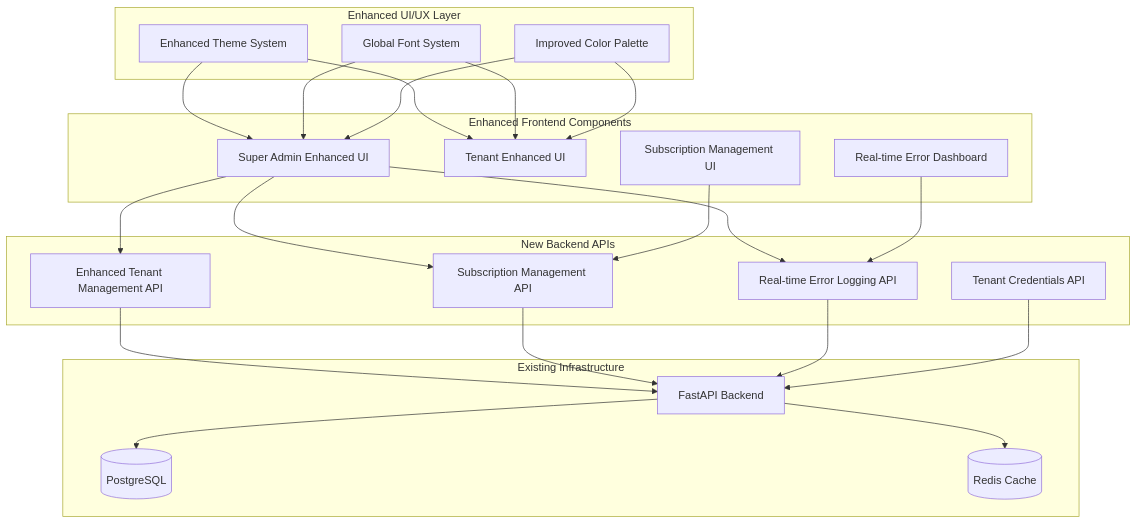
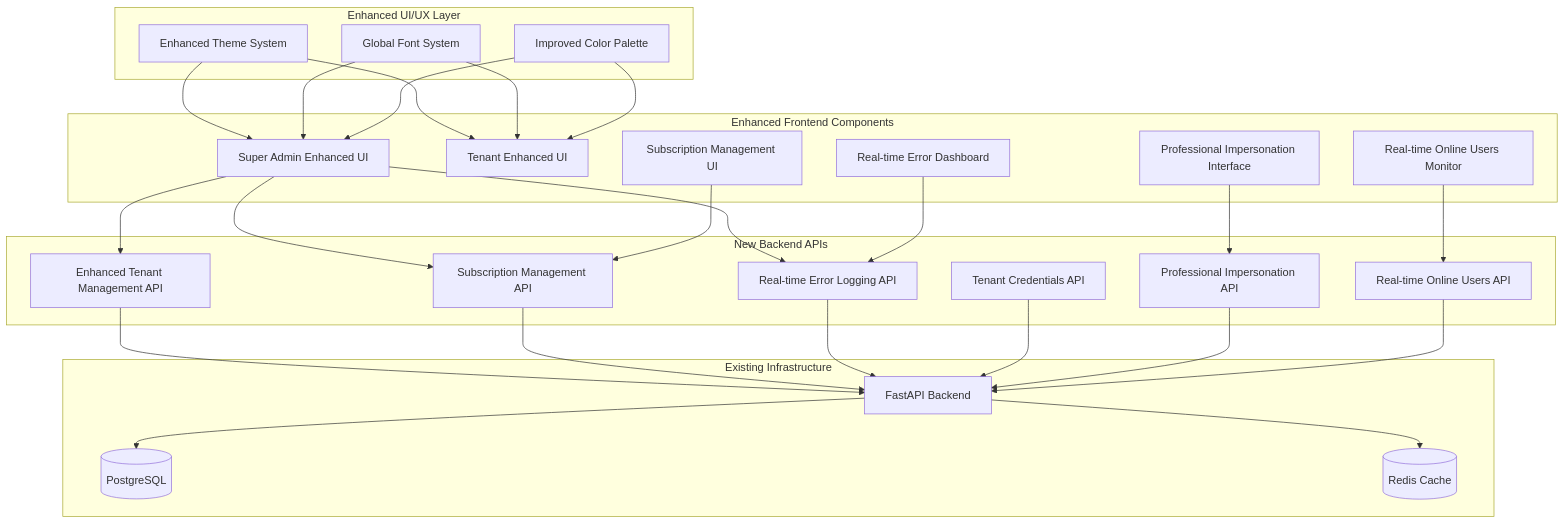
One commit to m1ndvortex/multi-tenant changed the first of 2 diagrams in .kiro/specs/ui-ux-tenant-enhancements/design.md. Above: the diagram before and after it, drawn with Mermaid. The commit also changed other lines of this file and 5 other files, not shown here.

````diff
--- a/.kiro/specs/ui-ux-tenant-enhancements/design.md
+++ b/.kiro/specs/ui-ux-tenant-enhancements/design.md
@@ -13,49 +13,57 @@
 ```mermaid
 graph TB
     subgraph "Enhanced UI/UX Layer"
         THEME[Enhanced Theme System]
         FONTS[Global Font System]
         COLORS[Improved Color Palette]
     end
     
     subgraph "New Backend APIs"
         TENANT_API[Enhanced Tenant Management API]
         SUB_API[Subscription Management API]
         ERROR_API[Real-time Error Logging API]
         CRED_API[Tenant Credentials API]
+        IMPERSON_API[Professional Impersonation API]
+        ONLINE_API[Real-time Online Users API]
     end
     
     subgraph "Enhanced Frontend Components"
         SA_UI[Super Admin Enhanced UI]
         TENANT_UI[Tenant Enhanced UI]
         SUB_MGMT[Subscription Management UI]
         ERROR_DASH[Real-time Error Dashboard]
+        IMPERSON_UI[Professional Impersonation Interface]
+        ONLINE_UI[Real-time Online Users Monitor]
     end
     
     subgraph "Existing Infrastructure"
         FASTAPI[FastAPI Backend]
         POSTGRES[(PostgreSQL)]
         REDIS[(Redis Cache)]
     end
     
     THEME --> SA_UI
     THEME --> TENANT_UI
     FONTS --> SA_UI
     FONTS --> TENANT_UI
     COLORS --> SA_UI
     COLORS --> TENANT_UI
     
     SA_UI --> TENANT_API
     SA_UI --> SUB_API
     SA_UI --> ERROR_API
     SUB_MGMT --> SUB_API
     ERROR_DASH --> ERROR_API
+    IMPERSON_UI --> IMPERSON_API
+    ONLINE_UI --> ONLINE_API
     
     TENANT_API --> FASTAPI
     SUB_API --> FASTAPI
     ERROR_API --> FASTAPI
     CRED_API --> FASTAPI
+    IMPERSON_API --> FASTAPI
+    ONLINE_API --> FASTAPI
     
     FASTAPI --> POSTGRES
     FASTAPI --> REDIS
 ```
````
